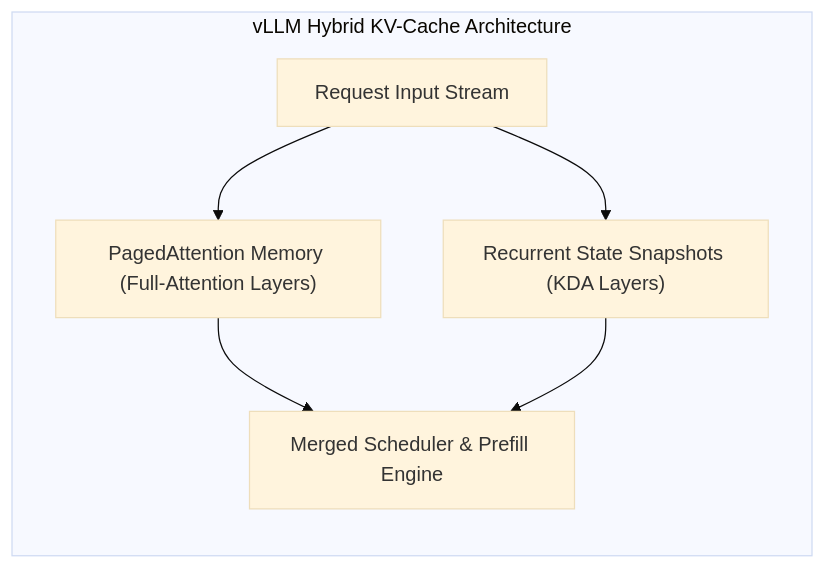
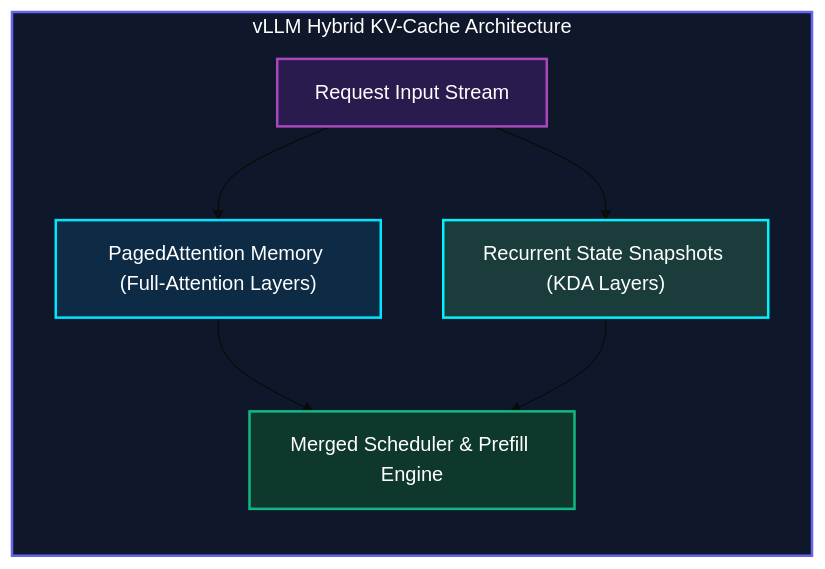
One commit to narenandu/narenvadapalli_dot_com changed the third of 4 diagrams in contents/blog/0066-hosting-kimi-k3-vllm/index.md. Above: the diagram before and after it, drawn with Mermaid (base theme). The commit also changed other lines of this file, not shown here.

Commit message:
style: add rich dark-mode fill colors to Mermaid diagrams and collapse Python script in Kimi K3 hosting post

````diff
--- a/contents/blog/0066-hosting-kimi-k3-vllm/index.md
+++ b/contents/blog/0066-hosting-kimi-k3-vllm/index.md
@@ -112,10 +123,16 @@
 ```mermaid
 flowchart TD
     subgraph HybridMemory["vLLM Hybrid KV-Cache Architecture"]
         direction TB
         H1["Request Input Stream"] --> H2["PagedAttention Memory (Full-Attention Layers)"]
         H1 --> H3["Recurrent State Snapshots (KDA Layers)"]
         H2 --> H4["Merged Scheduler & Prefill Engine"]
         H3 --> H4
     end
+
+    style HybridMemory fill:#0f172a,stroke:#6366f1,stroke-width:2px,color:#ffffff;
+    style H1 fill:#2a1b4e,stroke:#ab47bc,stroke-width:2px,color:#ffffff;
+    style H2 fill:#0d2b45,stroke:#00e5ff,stroke-width:2px,color:#ffffff;
+    style H3 fill:#1a3d3c,stroke:#00f2fe,stroke-width:2px,color:#ffffff;
+    style H4 fill:#0f382c,stroke:#10b981,stroke-width:2px,color:#ffffff;
 ```
````
